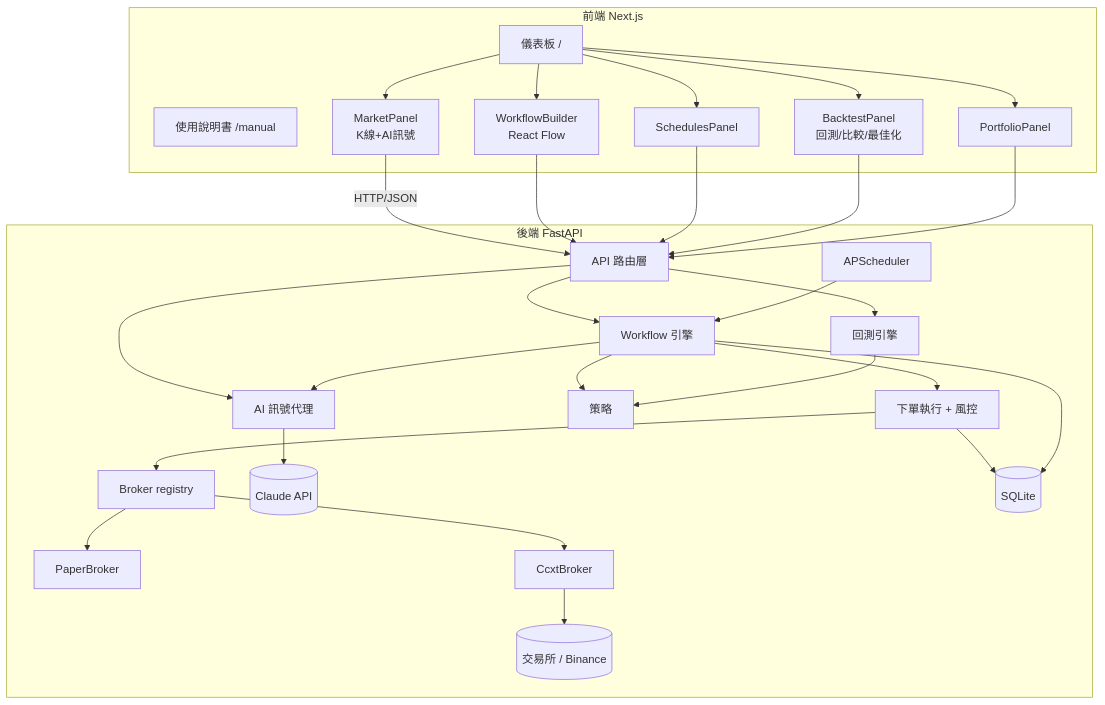
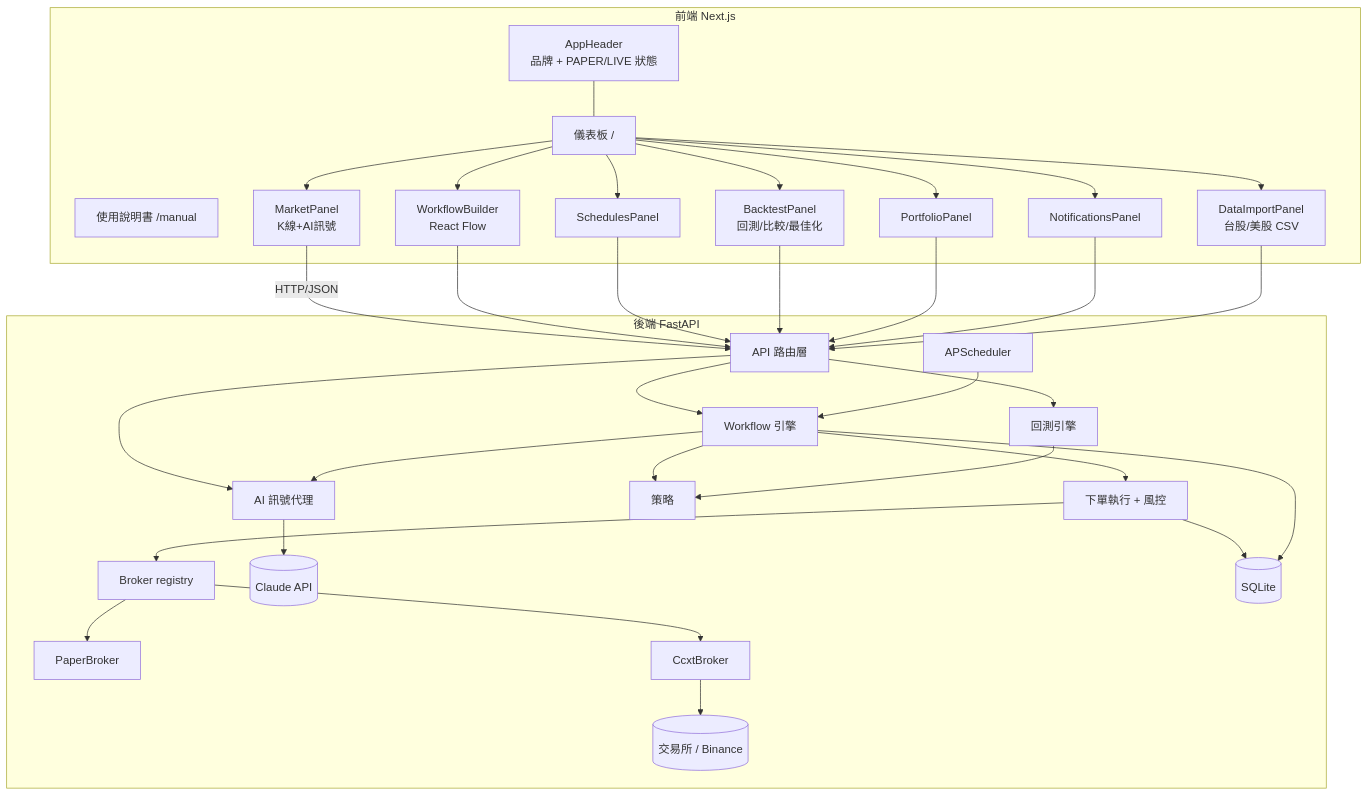
One commit to b5336789/ai-trade-flow-platform changed the first of 4 diagrams in docs/architecture.md. Above: the diagram before and after it, drawn with Mermaid. The commit also changed other lines of this file and 9 other files, not shown here.

````diff
--- a/docs/architecture.md
+++ b/docs/architecture.md
@@ -9,37 +9,43 @@
 ```mermaid
 flowchart TB
     subgraph FE[前端 Next.js]
+        HDR[AppHeader<br/>品牌 + PAPER/LIVE 狀態]
         DASH[儀表板 /]
         MAN[使用說明書 /manual]
+        HDR --- DASH
         DASH --> MK[MarketPanel<br/>K線+AI訊號]
         DASH --> WB[WorkflowBuilder<br/>React Flow]
         DASH --> SC[SchedulesPanel]
         DASH --> BTP[BacktestPanel<br/>回測/比較/最佳化]
         DASH --> PF[PortfolioPanel]
+        DASH --> NT[NotificationsPanel]
+        DASH --> IMP[DataImportPanel<br/>台股/美股 CSV]
     end
 
     subgraph BE[後端 FastAPI]
         API[API 路由層]
         API --> WFE[Workflow 引擎]
         API --> BTE[回測引擎]
         API --> AISIG[AI 訊號代理]
         SCHED[APScheduler] --> WFE
         WFE --> STRAT[策略]
         WFE --> AISIG
         WFE --> EXEC[下單執行 + 風控]
         EXEC --> REG[Broker registry]
         BTE --> STRAT
         AISIG --> CLAUDE[(Claude API)]
         REG --> PAPER[PaperBroker]
         REG --> CCXT[CcxtBroker]
         CCXT --> EXG[(交易所 / Binance)]
         EXEC --> DB[(SQLite)]
         WFE --> DB
     end
 
     MK -->|HTTP/JSON| API
     WB --> API
     SC --> API
     BTP --> API
     PF --> API
+    NT --> API
+    IMP --> API
 ```
````
